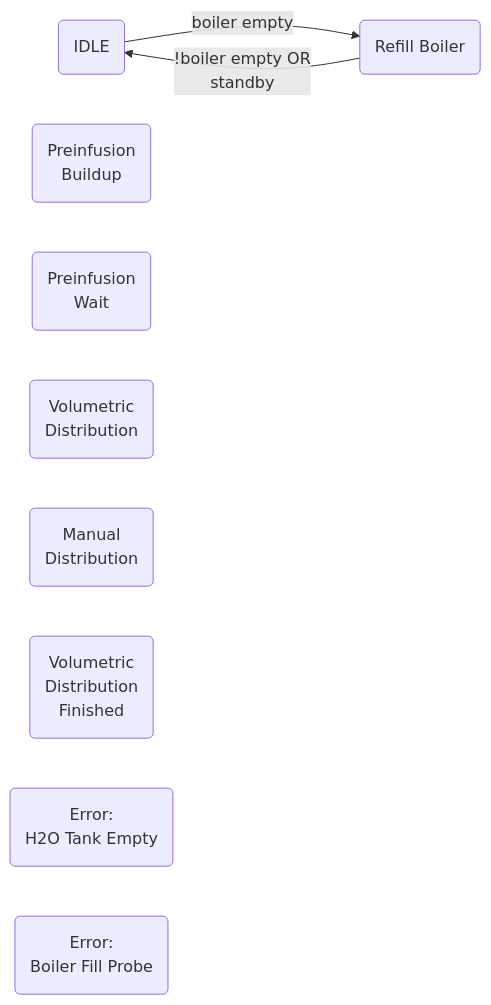
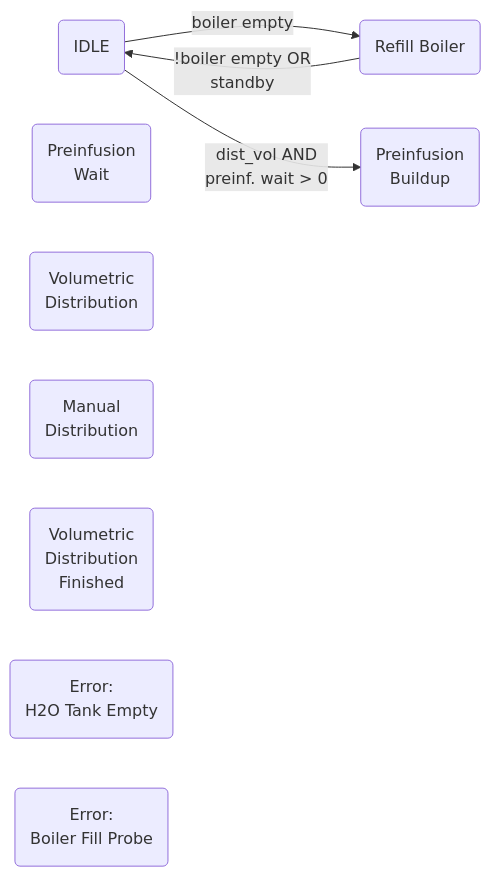
One commit to ggramlich26/BZ10_upgrade changed the first of 4 diagrams in README.md. Above: the diagram before and after it, drawn with Mermaid. The commit also changed other lines of this file, not shown here.

````diff
--- a/README.md
+++ b/README.md
@@ -18,15 +18,16 @@
 ```mermaid
 graph LR
 idle(IDLE)
 refill_boiler(Refill Boiler)
 preinfusion_buildup(Preinfusion <br> Buildup)
 preinfusion_wait(Preinfusion <br> Wait)
 vol_dist(Volumetric <br> Distribution)
 man_dist(Manual <br> Distribution)
 vol_dist_finished(Volumetric <br> Distribution <br> Finished)
 error_tank("Error: <br> H2O Tank Empty")
 error_boiler("Error: <br> Boiler Fill Probe")
 
 idle--"boiler empty"-->refill_boiler
 refill_boiler--"!boiler empty OR <br> standby"-->idle
+idle--"dist_vol AND <br>preinf. wait > 0"-->preinfusion_buildup
 ```
````
